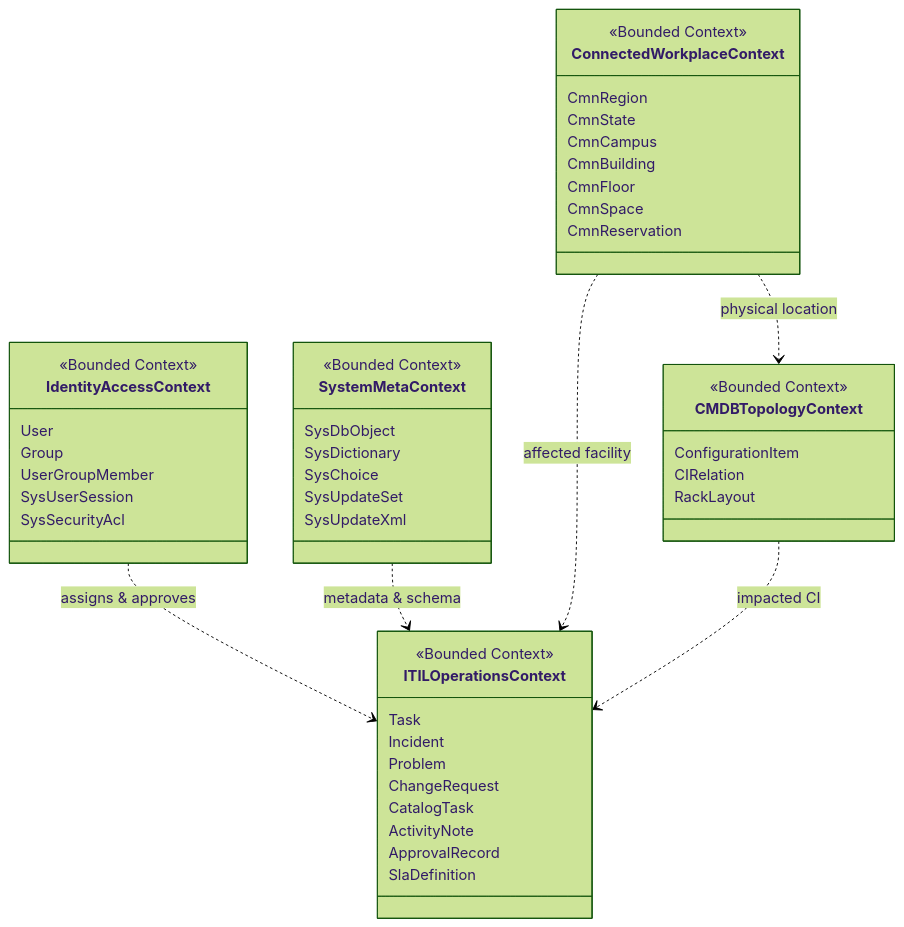
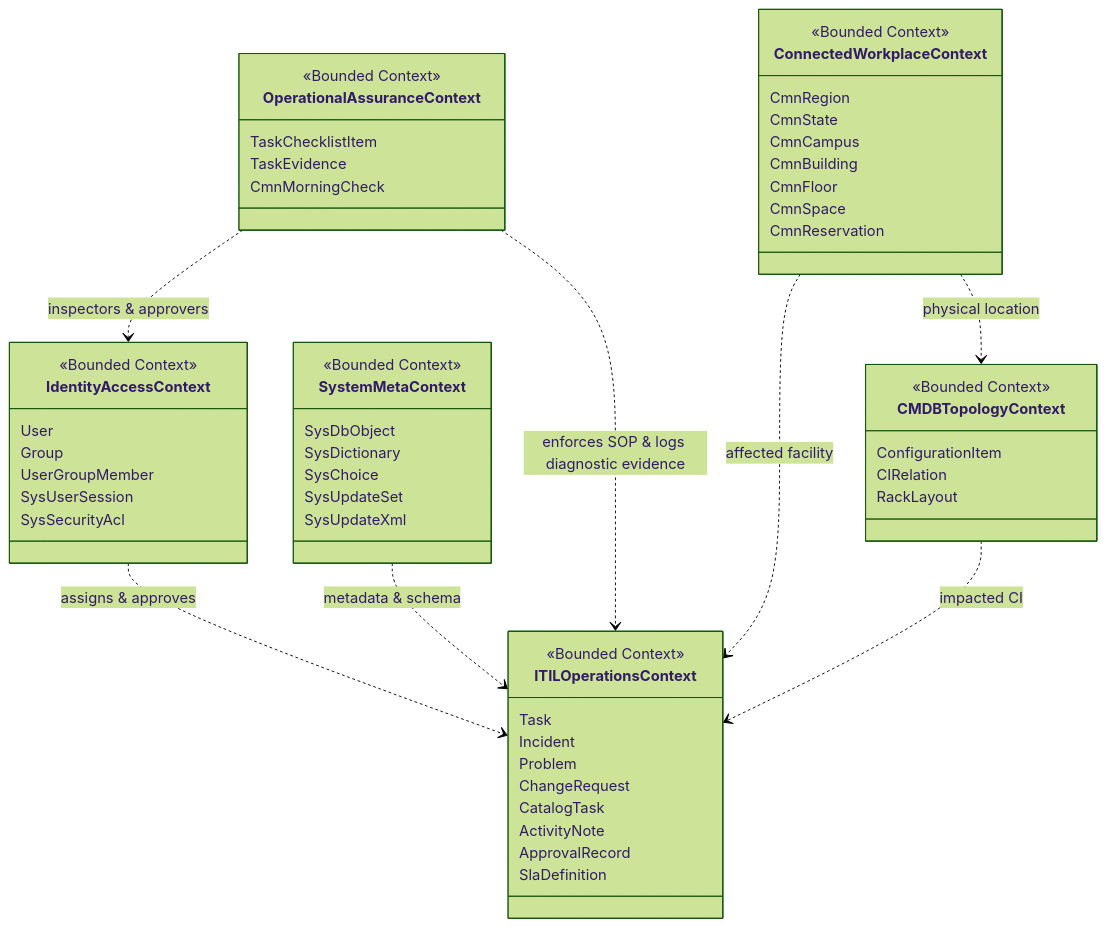
One commit to oleh11/servicemeow changed the second of 2 diagrams in DOKUMENTASI.md. Above: the diagram before and after it, drawn with Mermaid (forest theme). The commit also changed other lines of this file and 28 other files, not shown here.

Commit message:
feat: implement Watchtower attention cockpit, mandatory SOP gatekeeper, shift morning checks, and Hermes evidence ledger

````diff
--- a/DOKUMENTASI.md
+++ b/DOKUMENTASI.md
@@ -45,52 +48,61 @@
 ```mermaid
 classDiagram
     class SystemMetaContext {
         <<Bounded Context>>
         SysDbObject
         SysDictionary
         SysChoice
         SysUpdateSet
         SysUpdateXml
     }
     class IdentityAccessContext {
         <<Bounded Context>>
         User
         Group
         UserGroupMember
         SysUserSession
         SysSecurityAcl
     }
     class ITILOperationsContext {
         <<Bounded Context>>
         Task
         Incident
         Problem
         ChangeRequest
         CatalogTask
         ActivityNote
         ApprovalRecord
         SlaDefinition
     }
     class ConnectedWorkplaceContext {
         <<Bounded Context>>
         CmnRegion
         CmnState
         CmnCampus
         CmnBuilding
         CmnFloor
         CmnSpace
         CmnReservation
     }
     class CMDBTopologyContext {
         <<Bounded Context>>
         ConfigurationItem
         CIRelation
         RackLayout
     }
 
+    class OperationalAssuranceContext {
+        <<Bounded Context>>
+        TaskChecklistItem
+        TaskEvidence
+        CmnMorningCheck
+    }
+
     IdentityAccessContext ..> ITILOperationsContext : assigns & approves
     SystemMetaContext ..> ITILOperationsContext : metadata & schema
+    OperationalAssuranceContext ..> ITILOperationsContext : enforces SOP & logs diagnostic evidence
+    OperationalAssuranceContext ..> IdentityAccessContext : inspectors & approvers
     ConnectedWorkplaceContext ..> CMDBTopologyContext : physical location
     ConnectedWorkplaceContext ..> ITILOperationsContext : affected facility
     CMDBTopologyContext ..> ITILOperationsContext : impacted CI
 ```
````
